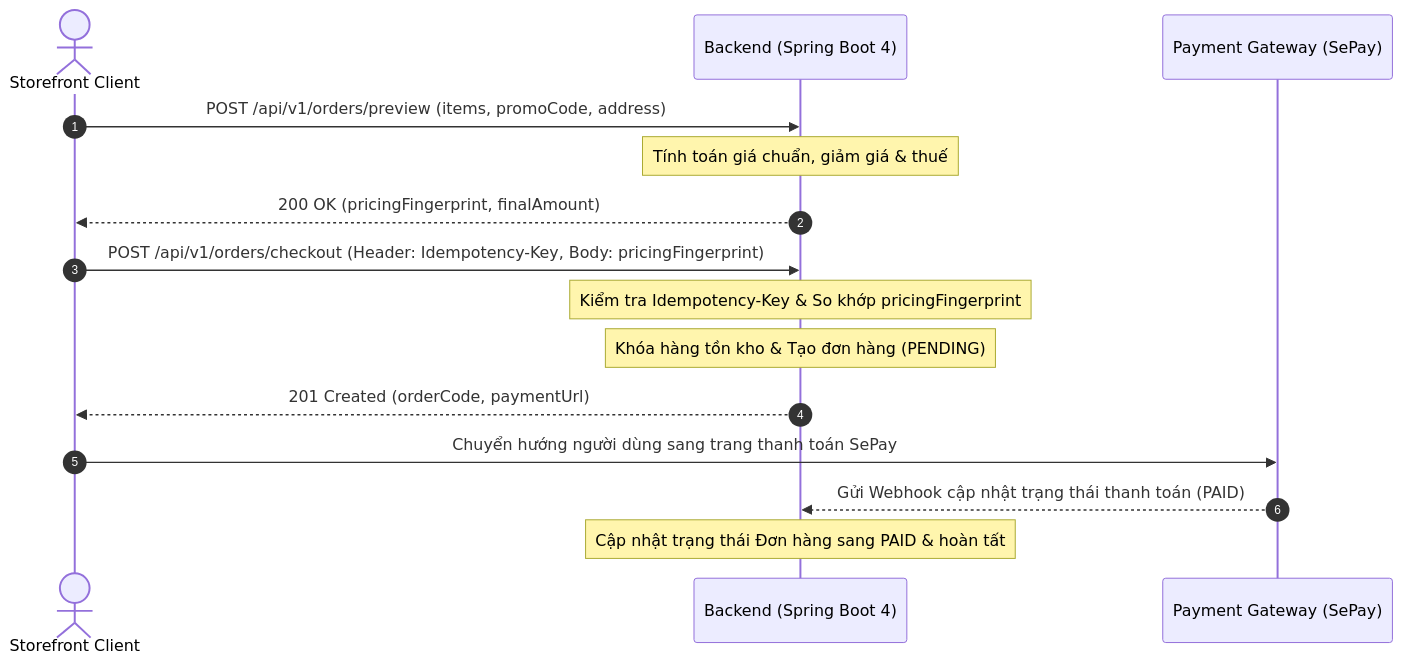
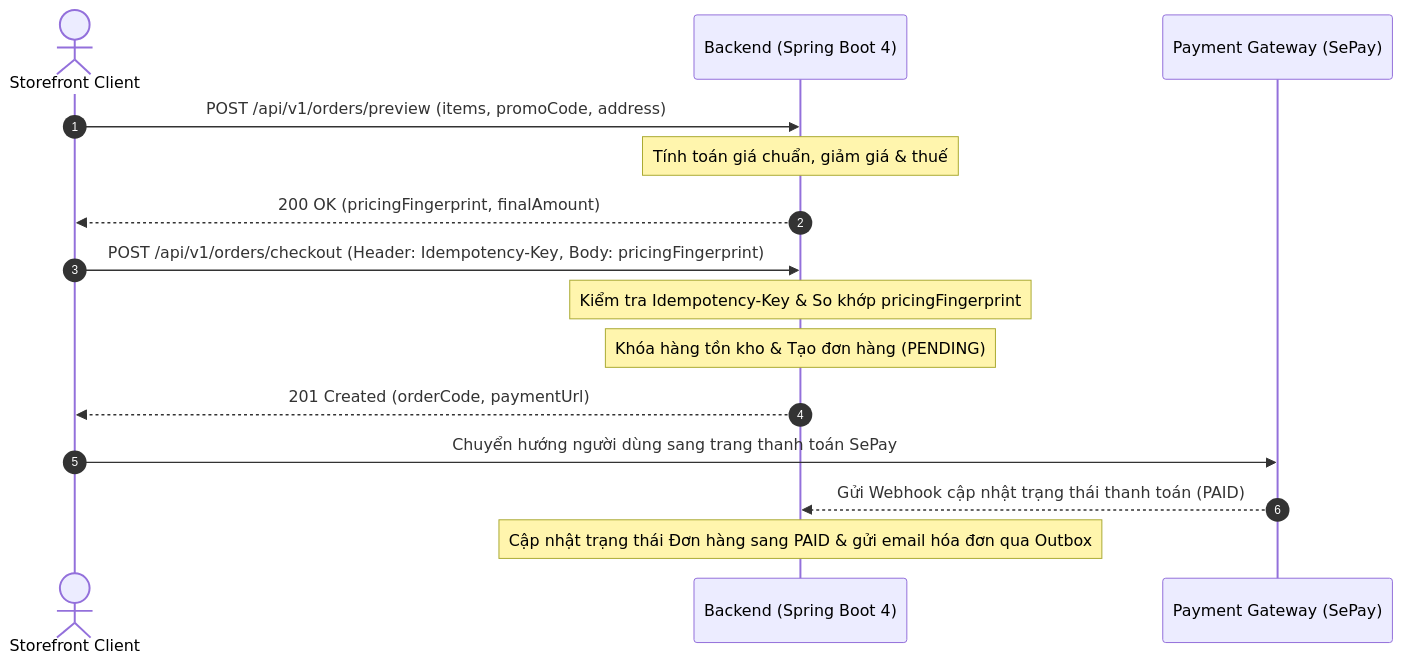
The second of 2 diagrams in README.md (conqazht/VelaWear_BE), drawn with Mermaid before and after one commit. The commit also changed other lines of this file, not shown here.

Commit message:
docs: update README.md to reflect Gmail SMTP email provider

````diff
--- a/README.md
+++ b/README.md
@@ -119,20 +121,20 @@
 ```mermaid
 sequenceDiagram
     autonumber
     actor FE as Storefront Client
     participant BE as Backend (Spring Boot 4)
     participant PG as Payment Gateway (SePay)
 
     FE->>BE: POST /api/v1/orders/preview (items, promoCode, address)
     Note over BE: Tính toán giá chuẩn, giảm giá & thuế
     BE-->>FE: 200 OK (pricingFingerprint, finalAmount)
 
     FE->>BE: POST /api/v1/orders/checkout (Header: Idempotency-Key, Body: pricingFingerprint)
     Note over BE: Kiểm tra Idempotency-Key & So khớp pricingFingerprint
     Note over BE: Khóa hàng tồn kho & Tạo đơn hàng (PENDING)
     BE-->>FE: 201 Created (orderCode, paymentUrl)
 
     FE->>PG: Chuyển hướng người dùng sang trang thanh toán SePay
     PG-->>BE: Gửi Webhook cập nhật trạng thái thanh toán (PAID)
-    Note over BE: Cập nhật trạng thái Đơn hàng sang PAID & hoàn tất
+    Note over BE: Cập nhật trạng thái Đơn hàng sang PAID & gửi email hóa đơn qua Outbox
 ```
````
